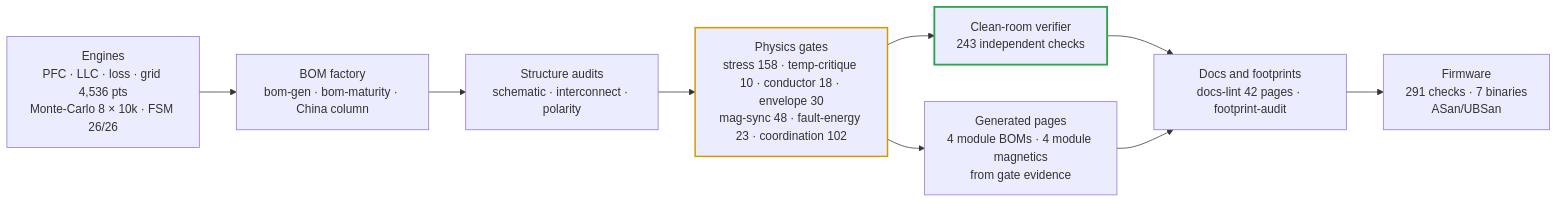
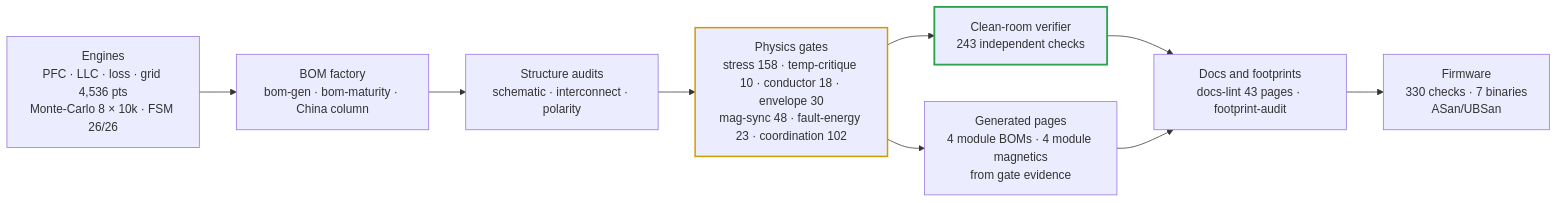
Before and after one commit to vectivolt/DC-Modules: the third of 4 diagrams in README.md, drawn with Mermaid. The commit also changed other lines of this file and 338 other files, not shown here.

````diff
--- a/README.md
+++ b/README.md
@@ -133,13 +137,13 @@
 ```mermaid
 flowchart LR
   E["Engines<br/>PFC · LLC · loss · grid 4,536 pts<br/>Monte-Carlo 8 × 10k · FSM 26/26"] --> B["BOM factory<br/>bom-gen · bom-maturity · China column"]
   B --> S["Structure audits<br/>schematic · interconnect · polarity"]
   S --> P["Physics gates<br/>stress 158 · temp-critique 10 · conductor 18 · envelope 30<br/>mag-sync 48 · fault-energy 23 · coordination 102"]
   P --> I["Clean-room verifier<br/>243 independent checks"]
-  I --> D["Docs and footprints<br/>docs-lint 42 pages · footprint-audit"]
-  D --> F["Firmware<br/>291 checks · 7 binaries<br/>ASan/UBSan"]
+  I --> D["Docs and footprints<br/>docs-lint 43 pages · footprint-audit"]
+  D --> F["Firmware<br/>330 checks · 7 binaries<br/>ASan/UBSan"]
   P --> G["Generated pages<br/>4 module BOMs · 4 module magnetics<br/>from gate evidence"]
   G --> D
   style I stroke:#2ea44f,stroke-width:2.5px
   style P stroke:#d19a00,stroke-width:2px
 ```
````
